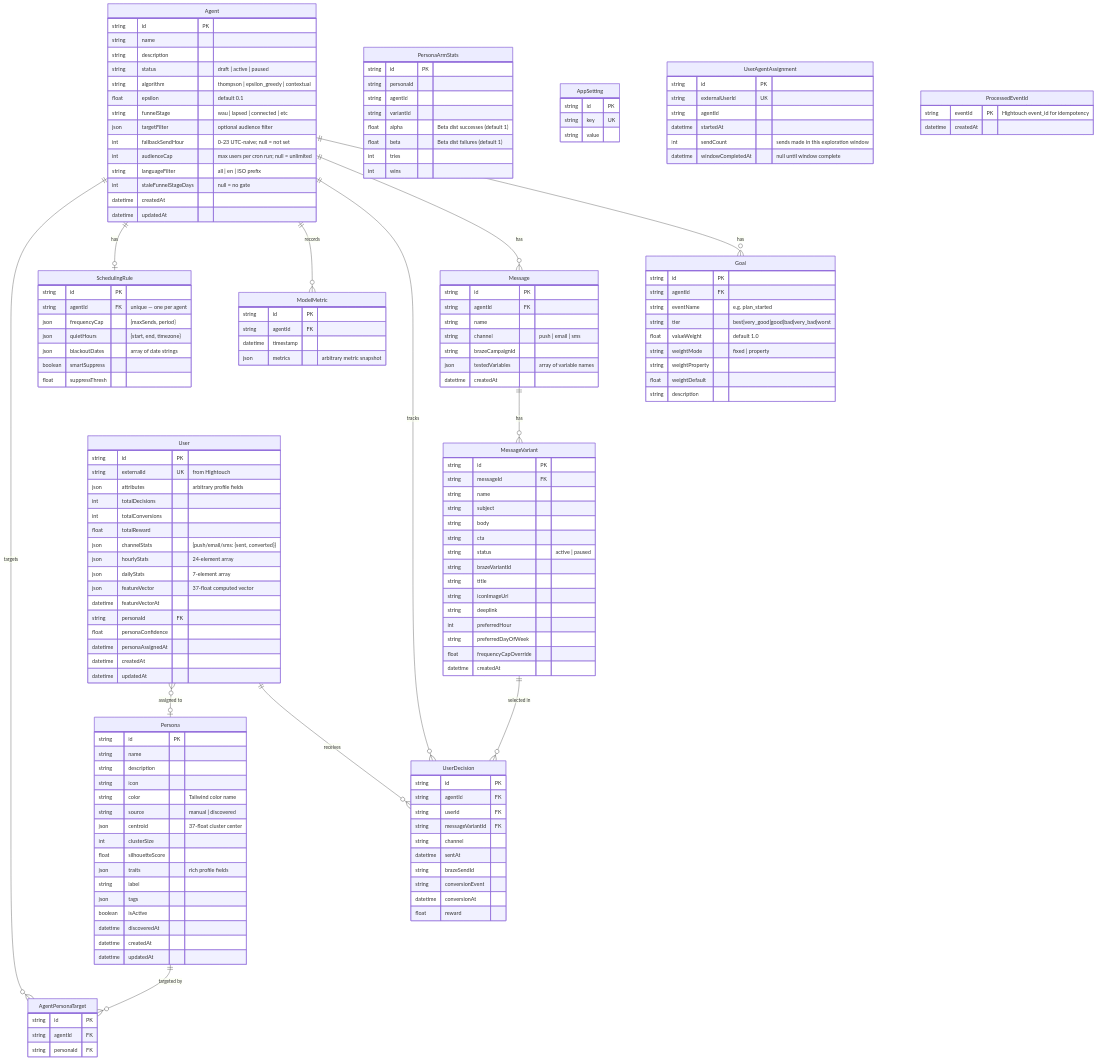
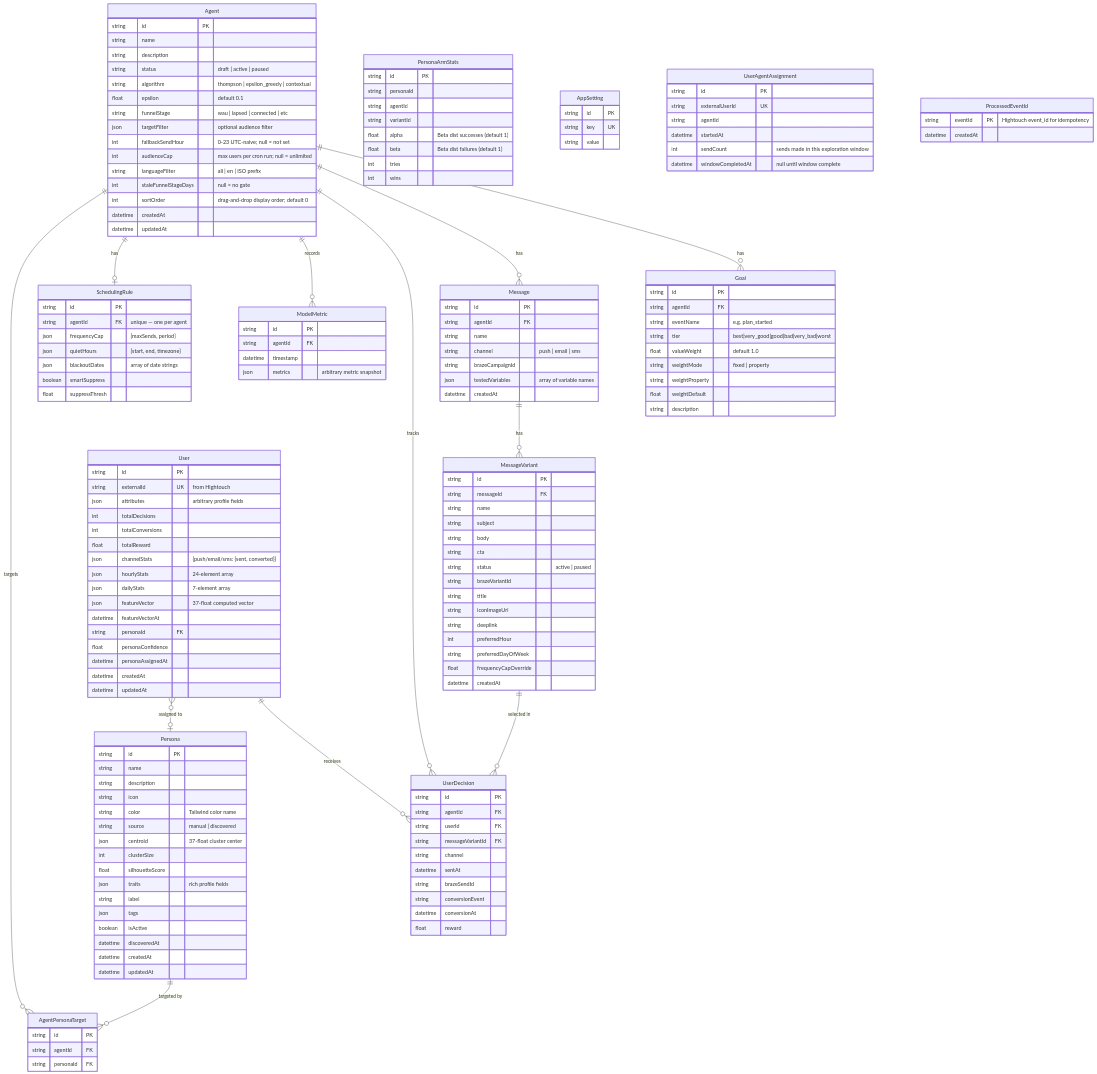
One commit to ender1311/nexusAi changed the diagram in docs/data-model.md. Above: the diagram before and after it, drawn with Mermaid. The commit also changed 13 other files, not shown here.

First line of the commit message:
feat: agent grid drag/drop reorder, sort controls, and audience cap display

```diff
--- a/docs/data-model.md
+++ b/docs/data-model.md
@@ -17,6 +17,7 @@
         int audienceCap "max users per cron run; null = unlimited"
         string languageFilter "all | en | ISO prefix"
         int staleFunnelStageDays "null = no gate"
+        int sortOrder "drag-and-drop display order; default 0"
         datetime createdAt
         datetime updatedAt
     }
```
